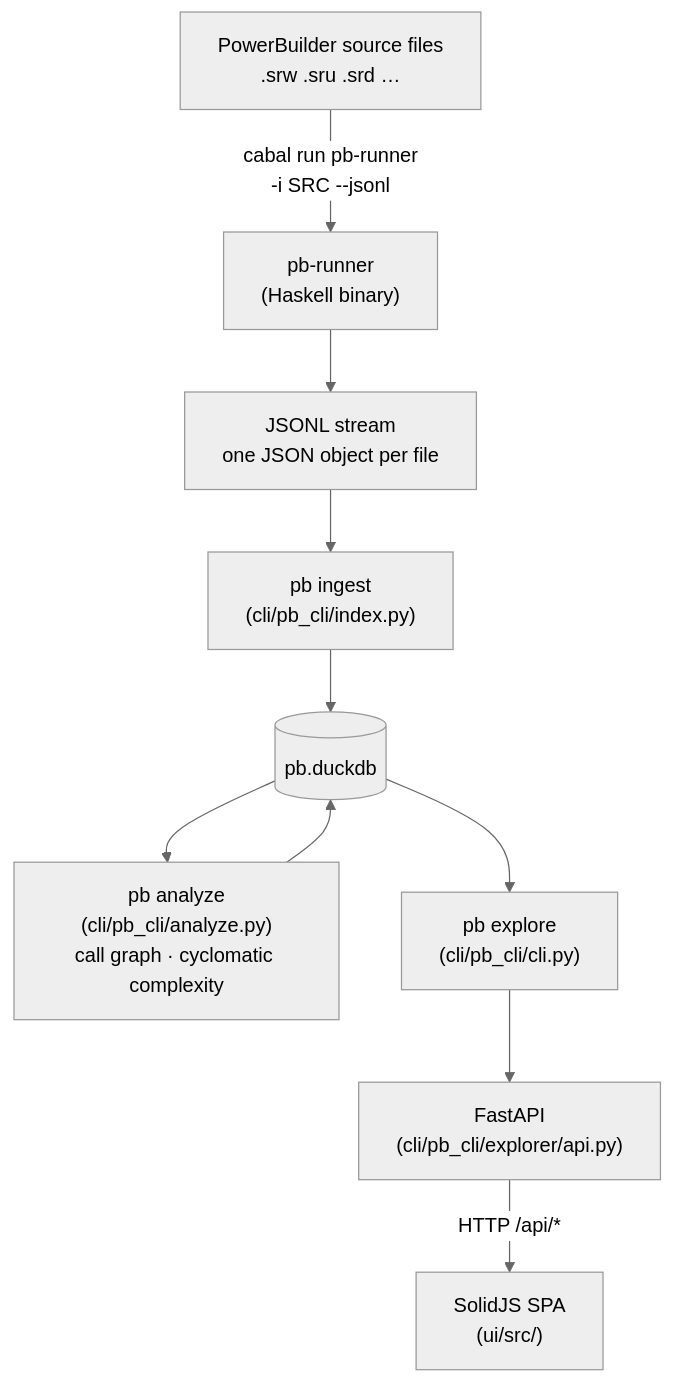
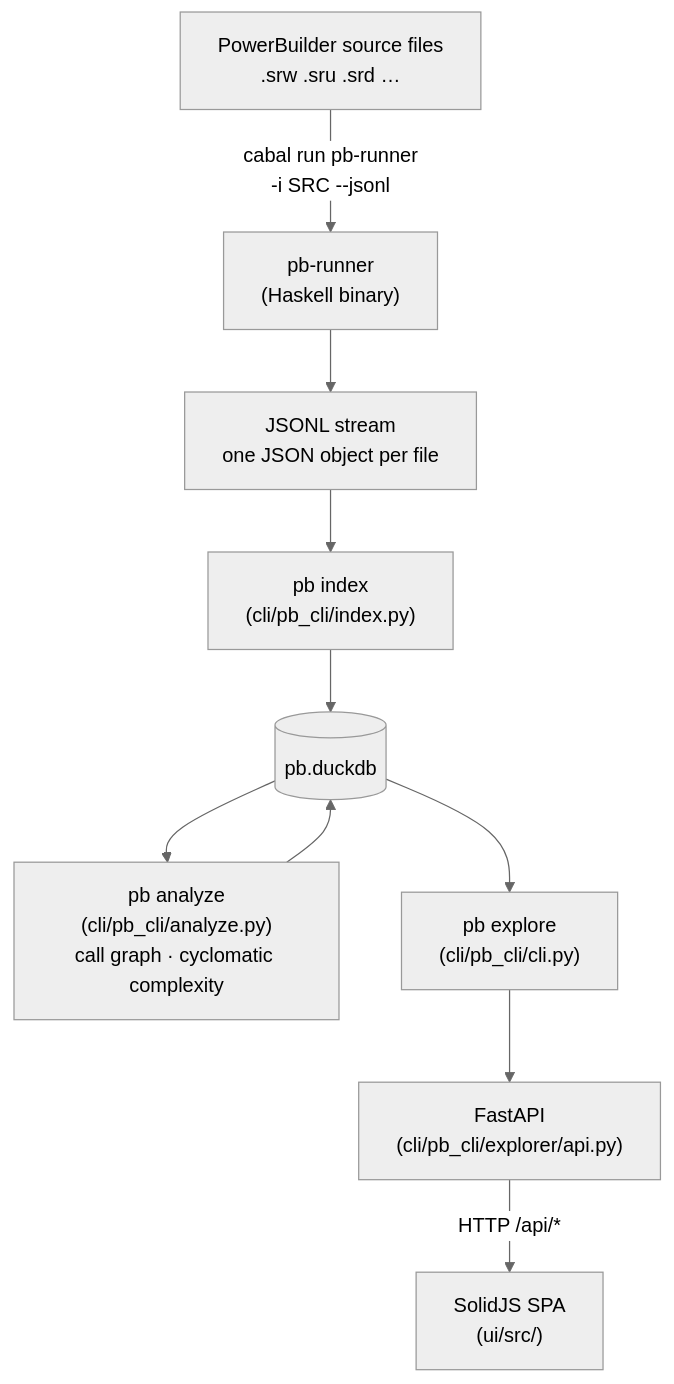
Before and after one commit to thomasmarsh/pb: the first of 3 diagrams in doc/architecture.md, drawn with Mermaid (neutral theme). The commit also changed other lines of this file and 17 other files, not shown here.

First line of the commit message:
refactor(cli)!: rename ingest→index, add pb explore <dir> shortcut

````diff
--- a/doc/architecture.md
+++ b/doc/architecture.md
@@ -81,22 +81,22 @@
 ```mermaid
 flowchart TD
     SRC["PowerBuilder source files\n.srw .sru .srd …"]
     RUNNER["pb-runner\n(Haskell binary)"]
     JSONL["JSONL stream\none JSON object per file"]
-    INGEST["pb ingest\n(cli/pb_cli/index.py)"]
+    INDEX["pb index\n(cli/pb_cli/index.py)"]
     DB[("pb.duckdb")]
     ANALYZE["pb analyze\n(cli/pb_cli/analyze.py)\ncall graph · cyclomatic complexity"]
     EXPLORE["pb explore\n(cli/pb_cli/cli.py)"]
     API["FastAPI\n(cli/pb_cli/explorer/api.py)"]
     SPA["SolidJS SPA\n(ui/src/)"]
 
     SRC -->|"cabal run pb-runner\n-i SRC --jsonl"| RUNNER
     RUNNER --> JSONL
-    JSONL --> INGEST
-    INGEST --> DB
+    JSONL --> INDEX
+    INDEX --> DB
     DB --> ANALYZE
     ANALYZE --> DB
     DB --> EXPLORE
     EXPLORE --> API
     API -->|"HTTP /api/*"| SPA
 ```
````
